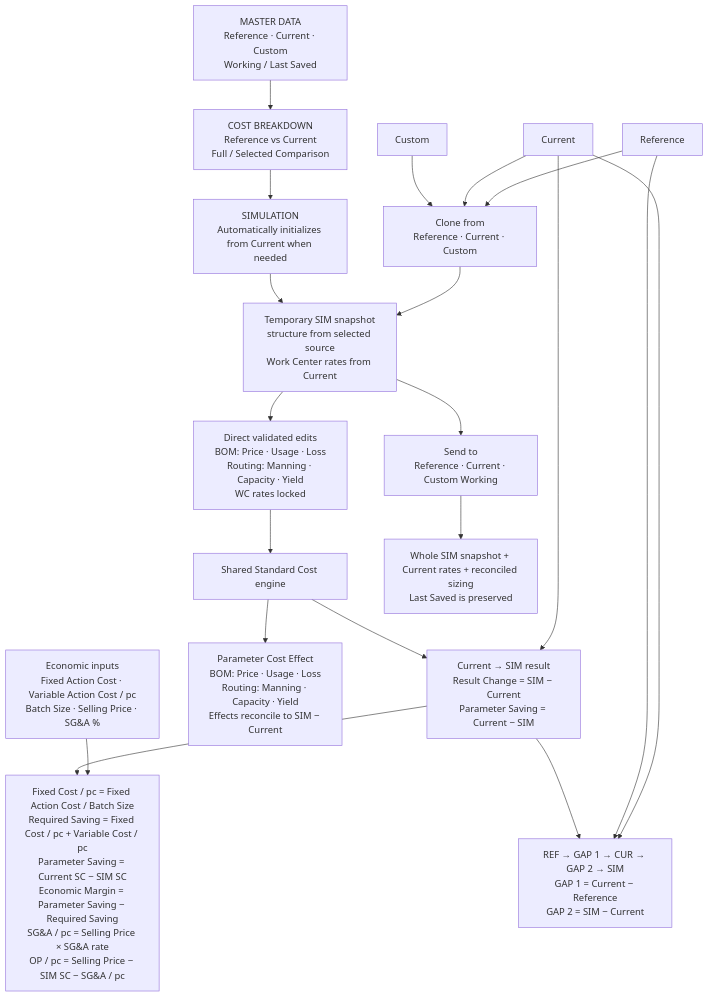
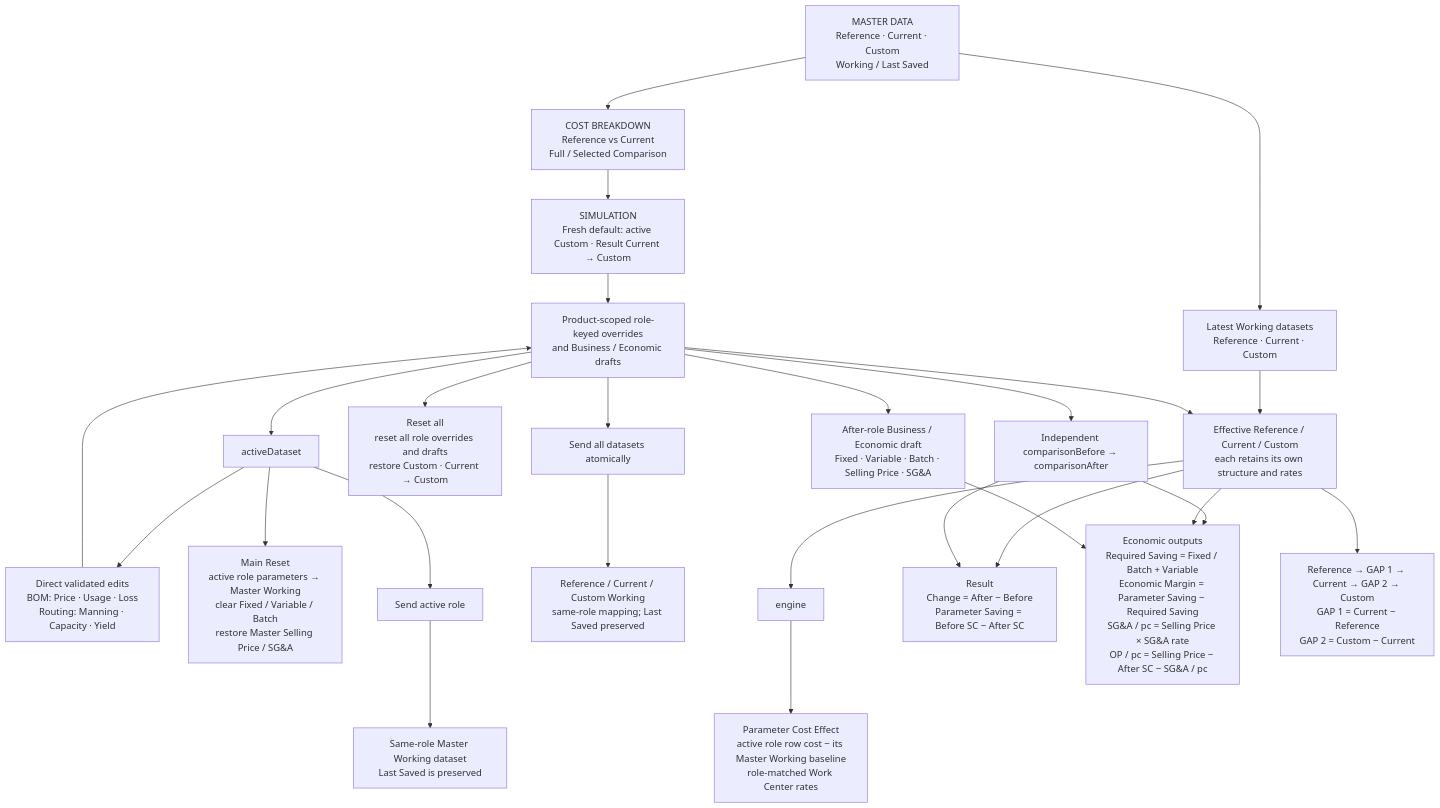
One commit to apirak-k/COSTBREAKDOWN changed the diagram in docs/SYSTEM_LOGIC_DIAGRAM.md. Above: the diagram before and after it, drawn with Mermaid. The commit also changed other lines of this file and 28 other files, not shown here.

Commit message:
fix(simulation): finalize reset defaults and compact analysis UI

````diff
--- a/docs/SYSTEM_LOGIC_DIAGRAM.md
+++ b/docs/SYSTEM_LOGIC_DIAGRAM.md
@@ -37,28 +37,33 @@
 ```mermaid
 flowchart TD
     master["MASTER DATA<br/>Reference · Current · Custom<br/>Working / Last Saved"] --> cbd["COST BREAKDOWN<br/>Reference vs Current<br/>Full / Selected Comparison"]
-    cbd --> sim["SIMULATION<br/>Automatically initializes from Current when needed"]
+    cbd --> sim["SIMULATION<br/>Fresh default: active Custom · Result Current → Custom"]
 
-    ref["Reference"] --> clone["Clone from<br/>Reference · Current · Custom"]
-    cur["Current"] --> clone
-    custom["Custom"] --> clone
-    clone --> snapshot["Temporary SIM snapshot<br/>structure from selected source<br/>Work Center rates from Current"]
-    sim --> snapshot
+    master --> working["Latest Working datasets<br/>Reference · Current · Custom"]
+    sim --> workspace["Product-scoped role-keyed overrides<br/>and Business / Economic drafts"]
+    working --> effective["Effective Reference / Current / Custom<br/>each retains its own structure and rates"]
+    workspace --> effective
 
-    snapshot --> edits["Direct validated edits<br/>BOM: Price · Usage · Loss<br/>Routing: Manning · Capacity · Yield<br/>WC rates locked"]
-    edits --> engine["Shared Standard Cost engine"]
-    cur --> compare["Current → SIM result<br/>Result Change = SIM − Current<br/>Parameter Saving = Current − SIM"]
-    engine --> compare
+    workspace --> active["activeDataset"]
+    active --> edits["Direct validated edits<br/>BOM: Price · Usage · Loss<br/>Routing: Manning · Capacity · Yield"]
+    edits --> workspace
+    active --> reset["Main Reset<br/>active role parameters → Master Working<br/>clear Fixed / Variable / Batch<br/>restore Master Selling Price / SG&A"]
+    active --> send["Send active role"]
+    send --> sameRole["Same-role Master Working dataset<br/>Last Saved is preserved"]
+    workspace --> resetAll["Reset all<br/>reset all role overrides and drafts<br/>restore Custom · Current → Custom"]
+    workspace --> sendAll["Send all datasets atomically"]
+    sendAll --> allRoles["Reference / Current / Custom Working<br/>same-role mapping; Last Saved preserved"]
 
-    cur --> story["REF → GAP 1 → CUR → GAP 2 → SIM<br/>GAP 1 = Current − Reference<br/>GAP 2 = SIM − Current"]
-    ref --> story
-    compare --> story
+    effective --> engine
+    engine --> effects["Parameter Cost Effect<br/>active role row cost − its Master Working baseline<br/>role-matched Work Center rates"]
 
-    engine --> effects["Parameter Cost Effect<br/>BOM: Price · Usage · Loss<br/>Routing: Manning · Capacity · Yield<br/>Effects reconcile to SIM − Current"]
+    workspace --> pair["Independent comparisonBefore → comparisonAfter"]
+    effective --> result["Result<br/>Change = After − Before<br/>Parameter Saving = Before SC − After SC"]
+    pair --> result
+    workspace --> econ["After-role Business / Economic draft<br/>Fixed · Variable · Batch · Selling Price · SG&A"]
+    pair --> econCalc["Economic outputs<br/>Required Saving = Fixed / Batch + Variable<br/>Economic Margin = Parameter Saving − Required Saving<br/>SG&A / pc = Selling Price × SG&A rate<br/>OP / pc = Selling Price − After SC − SG&A / pc"]
+    effective --> econCalc
+    econ --> econCalc
 
-    econ["Economic inputs<br/>Fixed Action Cost · Variable Action Cost / pc<br/>Batch Size · Selling Price · SG&A %"] --> econCalc["Fixed Cost / pc = Fixed Action Cost / Batch Size<br/>Required Saving = Fixed Cost / pc + Variable Cost / pc<br/>Parameter Saving = Current SC − SIM SC<br/>Economic Margin = Parameter Saving − Required Saving<br/>SG&A / pc = Selling Price × SG&A rate<br/>OP / pc = Selling Price − SIM SC − SG&A / pc"]
-    compare --> econCalc
-
-    snapshot --> send["Send to<br/>Reference · Current · Custom Working"]
-    send --> target["Whole SIM snapshot + Current rates + reconciled sizing<br/>Last Saved is preserved"]
+    effective --> story["Reference → GAP 1 → Current → GAP 2 → Custom<br/>GAP 1 = Current − Reference<br/>GAP 2 = Custom − Current"]
 ```
````
